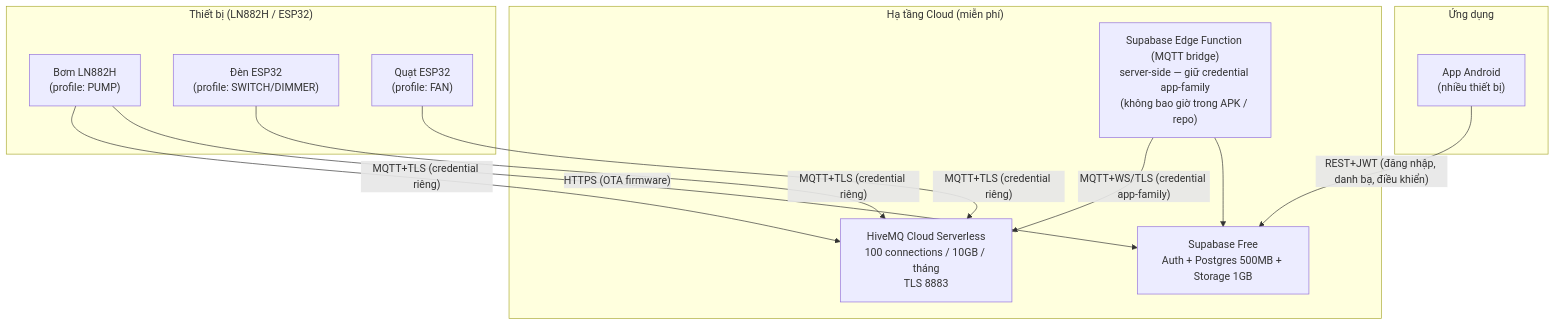
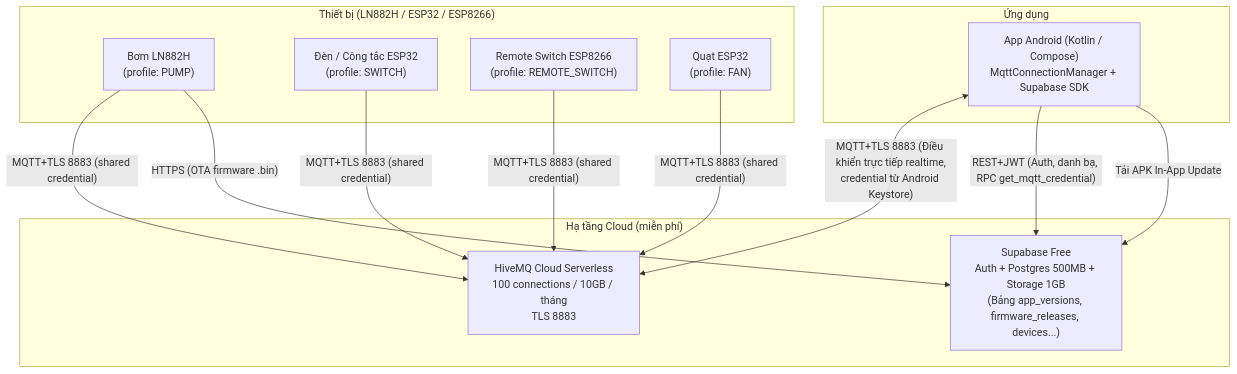
Before and after one commit to nndai/smart-home-platform: the first of 7 diagrams in docs/ECOSYSTEM_PLAN.md, drawn with Mermaid. The commit also changed other lines of this file and 4 other files, not shown here.

Commit message:
docs: update README and technical documentation to reflect current architecture and tools

````diff
--- a/docs/ECOSYSTEM_PLAN.md
+++ b/docs/ECOSYSTEM_PLAN.md
@@ -7,26 +7,27 @@
 ```mermaid
 graph TB
     subgraph Cloud_Infra["Hạ tầng Cloud (miễn phí)"]
         HIVEMQ["HiveMQ Cloud Serverless<br/>100 connections / 10GB / tháng<br/>TLS 8883"]
-        SUPA["Supabase Free<br/>Auth + Postgres 500MB + Storage 1GB"]
-        EF["Supabase Edge Function (MQTT bridge)<br/>server-side — giữ credential app-family<br/>(không bao giờ trong APK / repo)"]
+        SUPA["Supabase Free<br/>Auth + Postgres 500MB + Storage 1GB<br/>(Bảng app_versions, firmware_releases, devices...)"]
     end
 
-    subgraph Devices["Thiết bị (LN882H / ESP32)"]
+    subgraph Devices["Thiết bị (LN882H / ESP32 / ESP8266)"]
         PUMP["Bơm LN882H<br/>(profile: PUMP)"]
-        LIGHT["Đèn ESP32<br/>(profile: SWITCH/DIMMER)"]
+        LIGHT["Đèn / Công tắc ESP32<br/>(profile: SWITCH)"]
+        REMOTE["Remote Switch ESP8266<br/>(profile: REMOTE_SWITCH)"]
         FAN["Quạt ESP32<br/>(profile: FAN)"]
     end
 
     subgraph Apps["Ứng dụng"]
-        APP["App Android<br/>(nhiều thiết bị)"]
+        APP["App Android (Kotlin / Compose)<br/>MqttConnectionManager + Supabase SDK"]
     end
 
-    PUMP -- "MQTT+TLS (credential riêng)" --> HIVEMQ
-    LIGHT -- "MQTT+TLS (credential riêng)" --> HIVEMQ
-    FAN -- "MQTT+TLS (credential riêng)" --> HIVEMQ
-    EF -- "MQTT+WS/TLS (credential app-family)" --> HIVEMQ
-    APP -- "REST+JWT (đăng nhập, danh bạ, điều khiển)" --> SUPA
-    EF --> SUPA
-    PUMP -- "HTTPS (OTA firmware)" --> SUPA
+    PUMP -- "MQTT+TLS 8883 (shared credential)" --> HIVEMQ
+    LIGHT -- "MQTT+TLS 8883 (shared credential)" --> HIVEMQ
+    REMOTE -- "MQTT+TLS 8883 (shared credential)" --> HIVEMQ
+    FAN -- "MQTT+TLS 8883 (shared credential)" --> HIVEMQ
+    APP <-->|"MQTT+TLS 8883 (Điều khiển trực tiếp realtime,<br/>credential từ Android Keystore)"| HIVEMQ
+    APP -- "REST+JWT (Auth, danh bạ, RPC get_mqtt_credential)" --> SUPA
+    APP -- "Tải APK In-App Update" --> SUPA
+    PUMP -- "HTTPS (OTA firmware .bin)" --> SUPA
 ```
````
